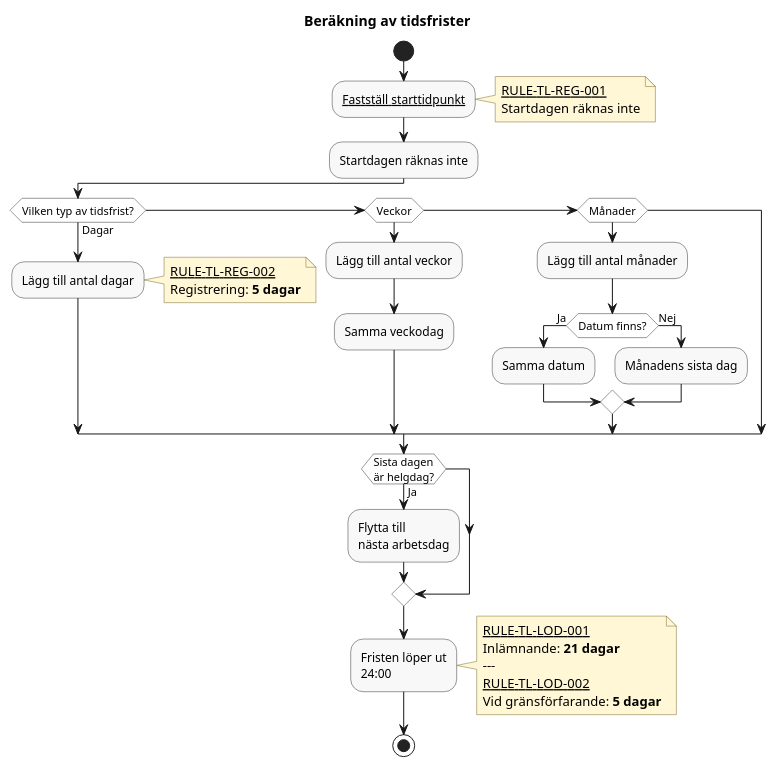
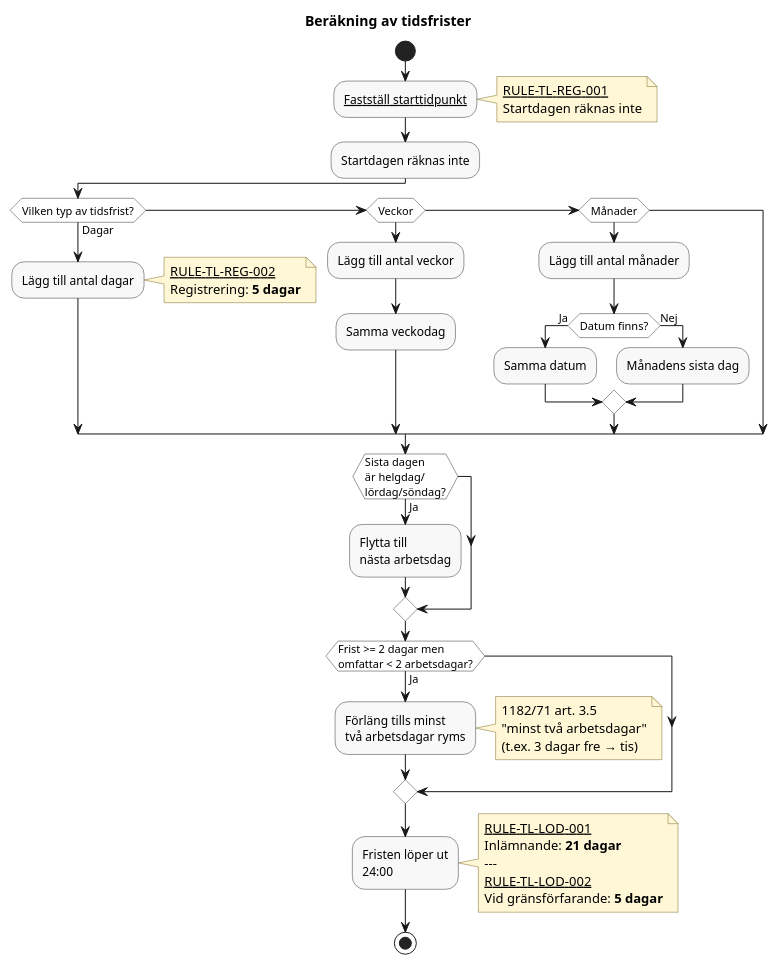
One commit to chrhe894/migration_pact changed the diagram in docs/shared/time-limits/diagrams/time_limits.puml. Above: the diagram before and after it, drawn with PlantUML. The commit also changed 4 other files, not shown here.

```diff
--- a/docs/shared/time-limits/diagrams/time_limits.puml
+++ b/docs/shared/time-limits/diagrams/time_limits.puml
@@ -15,77 +15,88 @@
 @startuml time_limits
 
 title Beräkning av tidsfrister
 
 skinparam shadowing false
 skinparam HyperlinkColor Black
 skinparam HyperlinkUnderline true
 skinparam defaultFontName Arial
 skinparam activity {
   BackgroundColor #F8F8F8
   BorderColor #333333
   DiamondBackgroundColor #FFFFFF
   DiamondBorderColor #333333
 }
 skinparam note {
   BackgroundColor #FFF7D6
   BorderColor #7A6A2A
 }
 
 start
 
 :[[../rules/rule-tl-reg-001.md Fastställ starttidpunkt]];
 note right
   [[../rules/rule-tl-reg-001.md RULE-TL-REG-001]]
   Startdagen räknas inte
 end note
 
 :Startdagen räknas inte;
 
 if (Vilken typ av tidsfrist?) then (Dagar)
 
     :Lägg till antal dagar;
     note right
       [[../rules/rule-tl-reg-002.md RULE-TL-REG-002]]
       Registrering: **5 dagar**
     end note
 
 elseif (Veckor)
 
     :Lägg till antal veckor;
 
     :Samma veckodag;
 
 elseif (Månader)
 
     :Lägg till antal månader;
 
     if (Datum finns?) then (Ja)
 
         :Samma datum;
 
     else (Nej)
 
         :Månadens sista dag;
 
     endif
 
 endif
 
-if (Sista dagen\när helgdag?) then (Ja)
+if (Sista dagen\när helgdag/\nlördag/söndag?) then (Ja)
 
     :Flytta till\nnästa arbetsdag;
+
+endif
+
+if (Frist >= 2 dagar men\nomfattar < 2 arbetsdagar?) then (Ja)
+
+    :Förläng tills minst\ntvå arbetsdagar ryms;
+    note right
+      1182/71 art. 3.5
+      "minst två arbetsdagar"
+      (t.ex. 3 dagar fre → tis)
+    end note
 
 endif
 
 :Fristen löper ut\n24:00;
 note right
   [[../rules/rule-tl-lod-001.md RULE-TL-LOD-001]]
   Inlämnande: **21 dagar**
   ---
   [[../rules/rule-tl-lod-002.md RULE-TL-LOD-002]]
   Vid gränsförfarande: **5 dagar**
 end note
 
 stop
 
 @enduml
```
